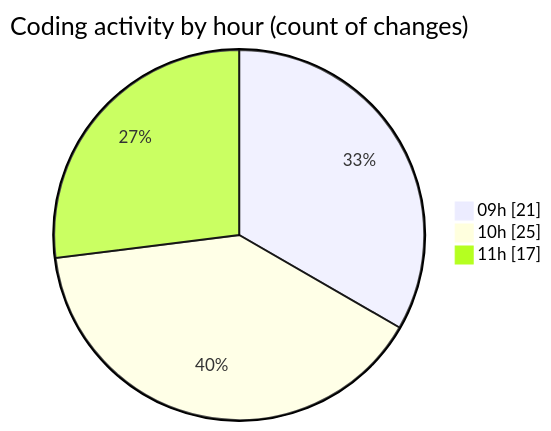
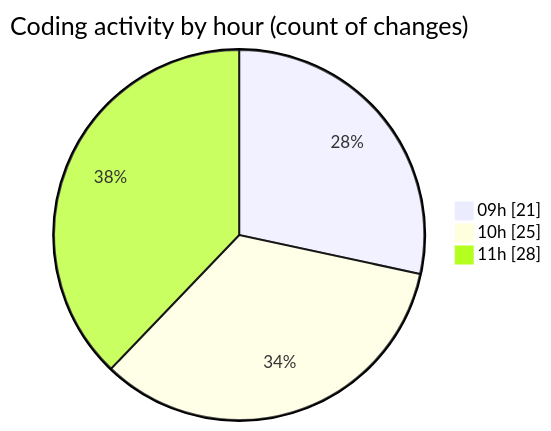
The second of 2 diagrams in 2025-12-01/cda/README.md (momahboobian/code-tracking), drawn with Mermaid before and after one commit. The commit also changed other lines of this file and 1 other file, not shown here.

````diff
--- a/2025-12-01/cda/README.md
+++ b/2025-12-01/cda/README.md
@@ -45,7 +45,7 @@
 ```mermaid
 pie showData
 title Coding activity by hour (count of changes)
 "09h" : 21
 "10h" : 25
-"11h" : 17
+"11h" : 28
 ```
````
